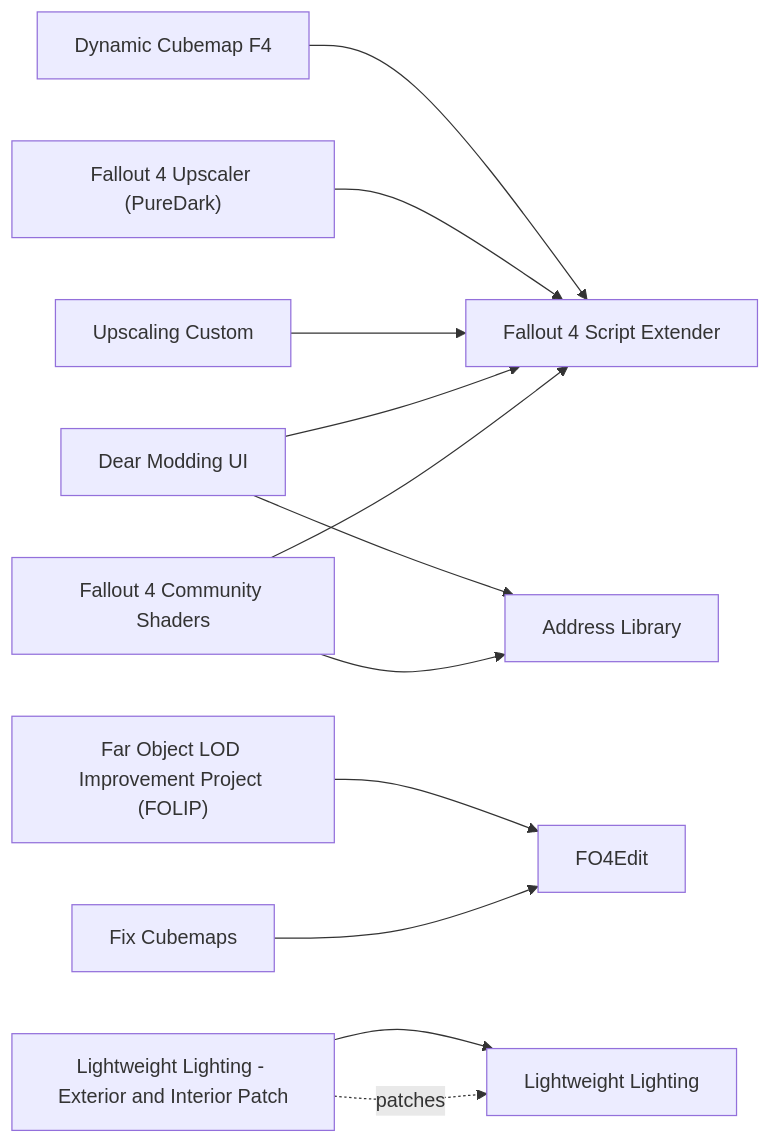
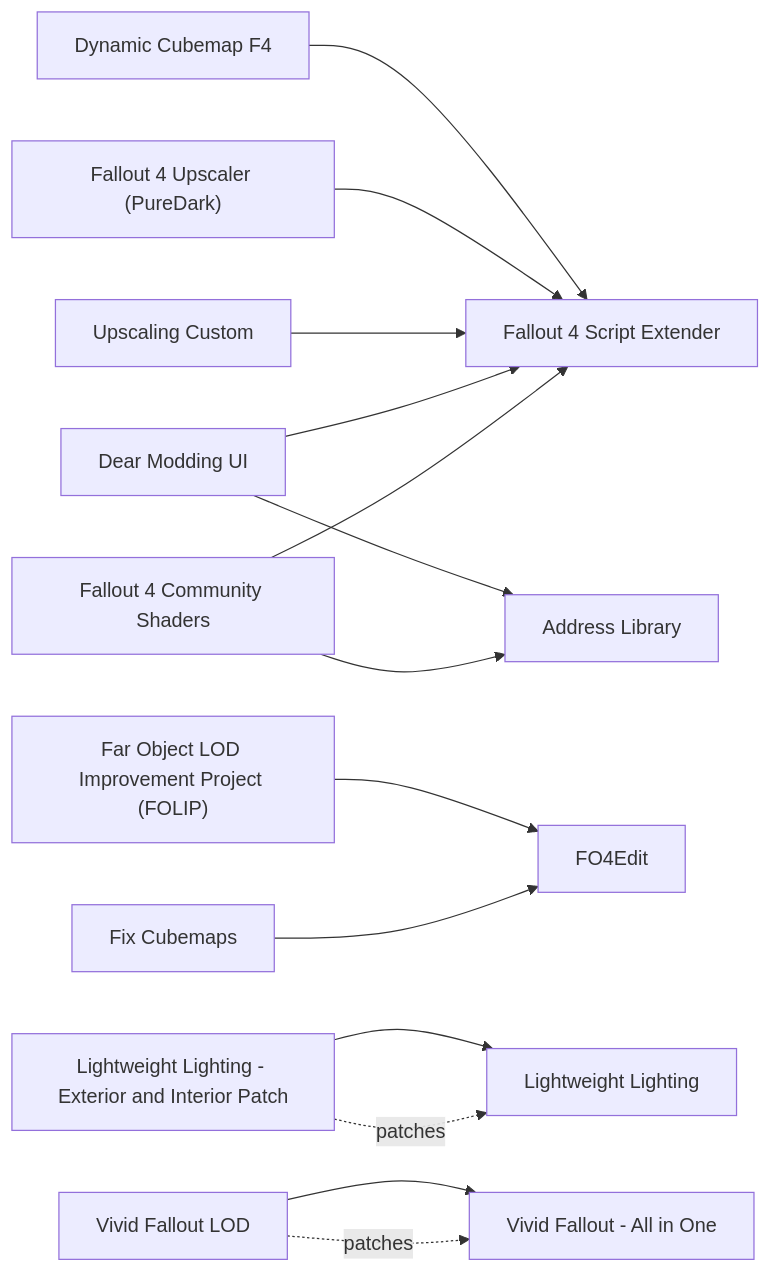
The diagram in docs/catalog/visuals.md (MorganKryze/special-mods-list), drawn with Mermaid before and after one commit. The commit also changed other lines of this file and 12 other files, not shown here.

````diff
--- a/docs/catalog/visuals.md
+++ b/docs/catalog/visuals.md
@@ -50,26 +53,30 @@
 ```mermaid
 graph LR
   address_library["Address Library"]
   dear_modding_ui["Dear Modding UI"]
   dynamic_cubemap_f4["Dynamic Cubemap F4"]
   f4se["Fallout 4 Script Extender"]
   fix_cubemaps["Fix Cubemaps"]
   fo4_community_shaders["Fallout 4 Community Shaders"]
   fo4edit["FO4Edit"]
   folip["Far Object LOD Improvement Project (FOLIP)"]
   lightweight_lighting["Lightweight Lighting"]
   lightweight_lighting_brighter_interiors["Lightweight Lighting - Exterior and Interior Patch"]
   puredark_upscaler["Fallout 4 Upscaler (PureDark)"]
   upscaling_custom["Upscaling Custom"]
+  vivid_fallout_aio_2k["Vivid Fallout - All in One"]
+  vivid_fallout_lod["Vivid Fallout LOD"]
   fo4_community_shaders --> f4se
   fo4_community_shaders --> address_library
   dear_modding_ui --> f4se
   dear_modding_ui --> address_library
   lightweight_lighting_brighter_interiors -. patches .-> lightweight_lighting
   lightweight_lighting_brighter_interiors --> lightweight_lighting
   fix_cubemaps --> fo4edit
   folip --> fo4edit
   upscaling_custom --> f4se
   puredark_upscaler --> f4se
   dynamic_cubemap_f4 --> f4se
+  vivid_fallout_lod -. patches .-> vivid_fallout_aio_2k
+  vivid_fallout_lod --> vivid_fallout_aio_2k
 ```
````
